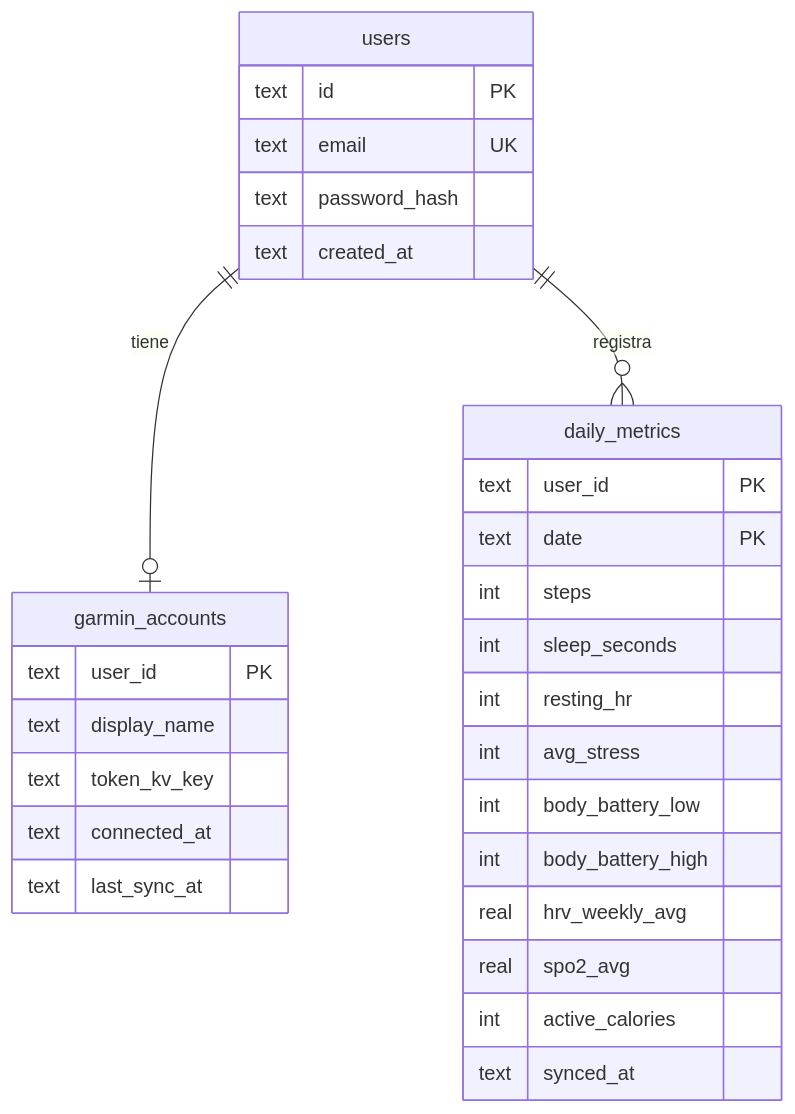
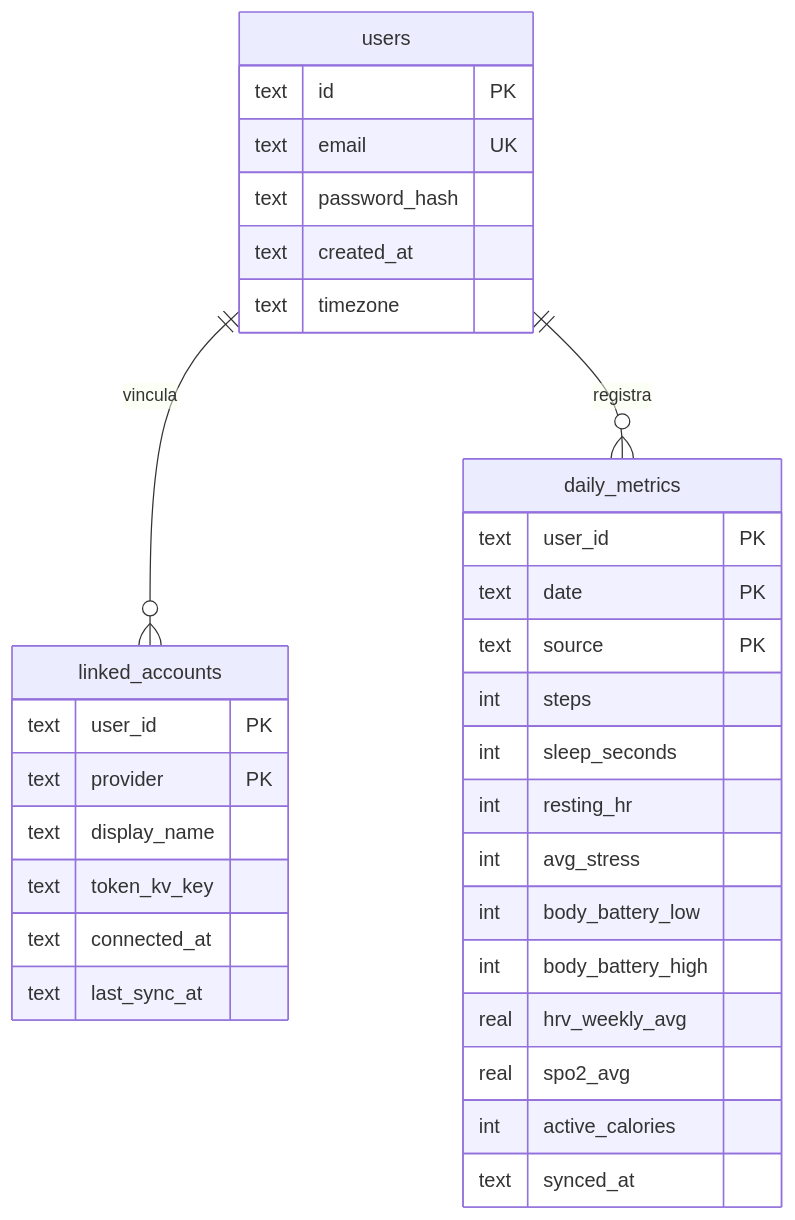
The first of 2 diagrams in docs/architecture.md (c1sar/track-forge), drawn with Mermaid before and after one commit. The commit also changed other lines of this file and 43 other files, not shown here.

````diff
--- a/docs/architecture.md
+++ b/docs/architecture.md
@@ -54,33 +68,36 @@
 ```mermaid
 erDiagram
-  users ||--o| garmin_accounts : tiene
+  users ||--o{ linked_accounts : vincula
   users ||--o{ daily_metrics : registra
 
   users {
     text id PK
     text email UK
     text password_hash
     text created_at
+    text timezone
   }
-  garmin_accounts {
+  linked_accounts {
     text user_id PK
+    text provider PK
     text display_name
     text token_kv_key
     text connected_at
     text last_sync_at
   }
   daily_metrics {
     text user_id PK
     text date PK
+    text source PK
     int steps
     int sleep_seconds
     int resting_hr
     int avg_stress
     int body_battery_low
     int body_battery_high
     real hrv_weekly_avg
     real spo2_avg
     int active_calories
     text synced_at
   }
 ```
````
